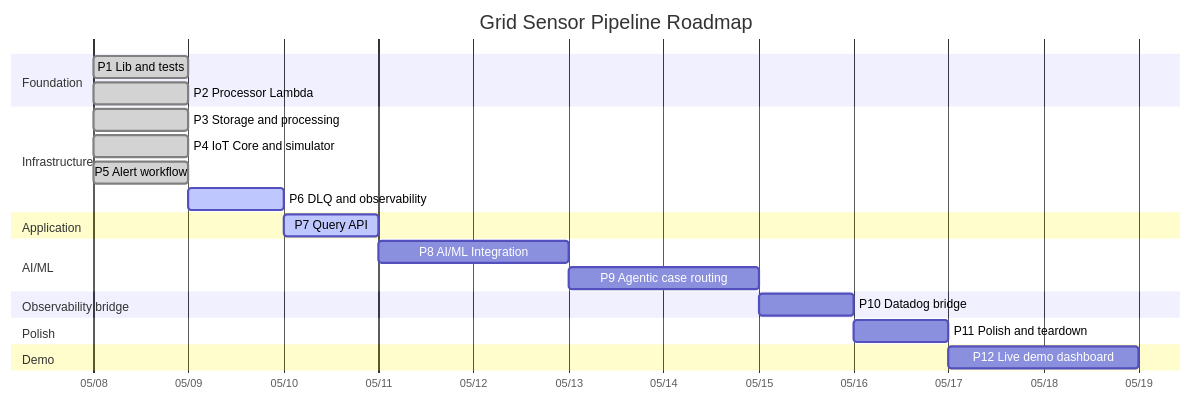
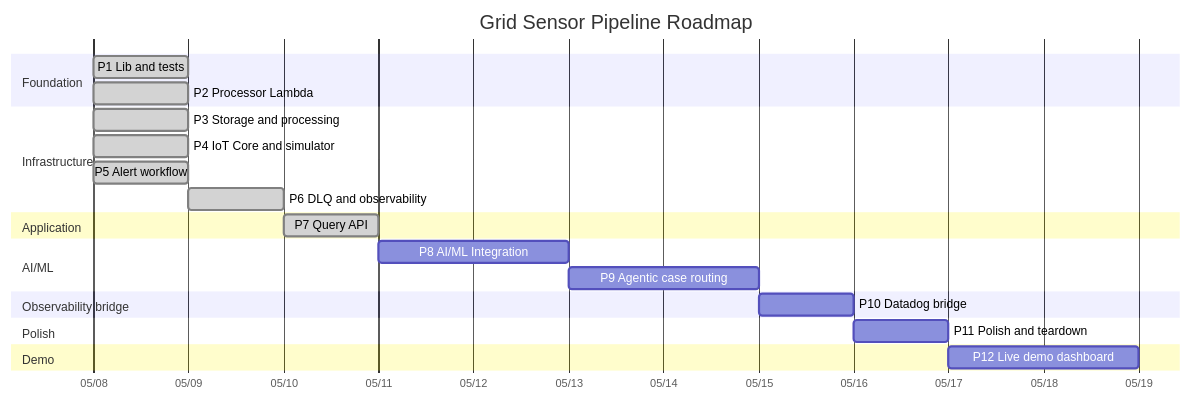
Before and after one commit to amusto/Grid-Sensor-Pipeline: the diagram in ROADMAP.md, drawn with Mermaid. The commit also changed other lines of this file, not shown here.

First line of the commit message:
docs(roadmap): close P6 + P7, bump core 57% to 63%

````diff
--- a/ROADMAP.md
+++ b/ROADMAP.md
@@ -74,25 +74,25 @@
 ```mermaid
 gantt
     title Grid Sensor Pipeline Roadmap
     dateFormat YYYY-MM-DD
     axisFormat %m/%d
     section Foundation
     P1 Lib and tests              :done,   p1, 2026-05-08, 1d
     P2 Processor Lambda           :done,   p2, 2026-05-08, 1d
     section Infrastructure
     P3 Storage and processing     :done,   p3, 2026-05-08, 1d
     P4 IoT Core and simulator     :done,   p4, 2026-05-08, 1d
     P5 Alert workflow             :done,   p5, 2026-05-08, 1d
-    P6 DLQ and observability      :active, p6, 2026-05-09, 1d
+    P6 DLQ and observability      :done,   p6, 2026-05-09, 1d
     section Application
-    P7 Query API                  :active, p7, after p6, 1d
+    P7 Query API                  :done,   p7, after p6, 1d
     section AI/ML
     P8 AI/ML Integration          :        p8, after p7, 2d
     P9 Agentic case routing       :        p9, after p8, 2d
     section Observability bridge
     P10 Datadog bridge            :        p10, after p9, 1d
     section Polish
     P11 Polish and teardown       :        p11, after p10, 1d
     section Demo
     P12 Live demo dashboard       :        p12, after p11, 2d
 ```
````
